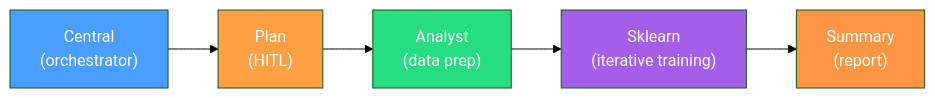
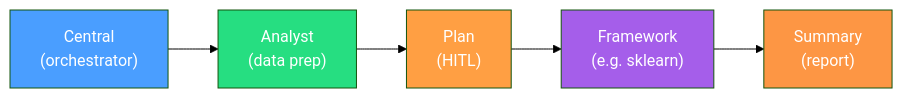
One commit to lblogan14/Scientist-Bin changed the first of 2 diagrams in backend/src/scientist_bin_backend/agents/README.md. Above: the diagram before and after it, drawn with Mermaid (forest theme). The commit also changed other lines of this file and 6 other files, not shown here.

Commit message:
docs: update flow

````diff
--- a/backend/src/scientist_bin_backend/agents/README.md
+++ b/backend/src/scientist_bin_backend/agents/README.md
@@ -7,13 +7,13 @@
 ```mermaid
 graph LR
-    Central["Central<br/>(orchestrator)"] --> Plan["Plan<br/>(HITL)"]
-    Plan --> Analyst["Analyst<br/>(data prep)"]
-    Analyst --> Sklearn["Sklearn<br/>(iterative training)"]
-    Sklearn --> Summary["Summary<br/>(report)"]
+    Central["Central<br/>(orchestrator)"] --> Analyst["Analyst<br/>(data prep)"]
+    Analyst --> Plan["Plan<br/>(HITL)"]
+    Plan --> Framework["Framework<br/>(e.g. sklearn)"]
+    Framework --> Summary["Summary<br/>(report)"]
 
     style Central fill:#4a9eff,color:#fff
+    style Analyst fill:#26de81,color:#fff
     style Plan fill:#ff9f43,color:#fff
-    style Analyst fill:#26de81,color:#fff
-    style Sklearn fill:#a55eea,color:#fff
+    style Framework fill:#a55eea,color:#fff
     style Summary fill:#fd9644,color:#fff
 ```
````
